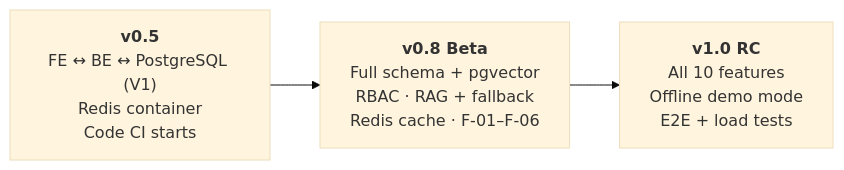
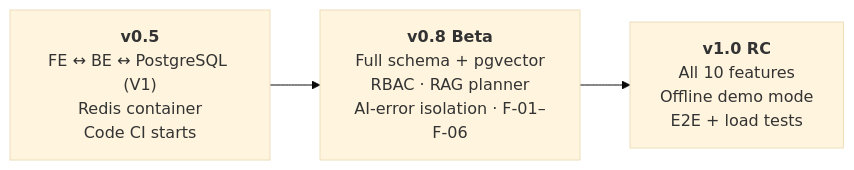
One commit to ThanhDu14/WikiCook changed the fifth of 6 diagrams in docs/management/project-plan.md. Above: the diagram before and after it, drawn with Mermaid (base theme). The commit also changed other lines of this file, not shown here.

````diff
--- a/docs/management/project-plan.md
+++ b/docs/management/project-plan.md
@@ -527,5 +528,5 @@
 ```mermaid
 flowchart LR
-    B05["<b>v0.5</b><br/>FE ↔ BE ↔ PostgreSQL (V1)<br/>Redis container<br/>Code CI starts"] --> B08["<b>v0.8 Beta</b><br/>Full schema + pgvector<br/>RBAC · RAG + fallback<br/>Redis cache · F-01–F-06"]
+    B05["<b>v0.5</b><br/>FE ↔ BE ↔ PostgreSQL (V1)<br/>Redis container<br/>Code CI starts"] --> B08["<b>v0.8 Beta</b><br/>Full schema + pgvector<br/>RBAC · RAG planner<br/>AI-error isolation · F-01–F-06"]
     B08 --> B10["<b>v1.0 RC</b><br/>All 10 features<br/>Offline demo mode<br/>E2E + load tests"]
 ```
````
